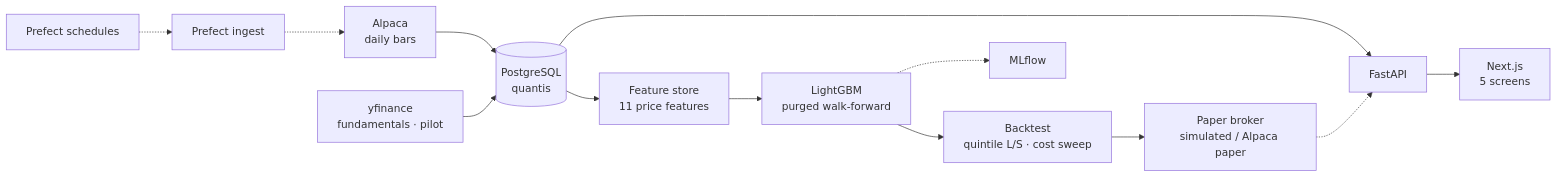
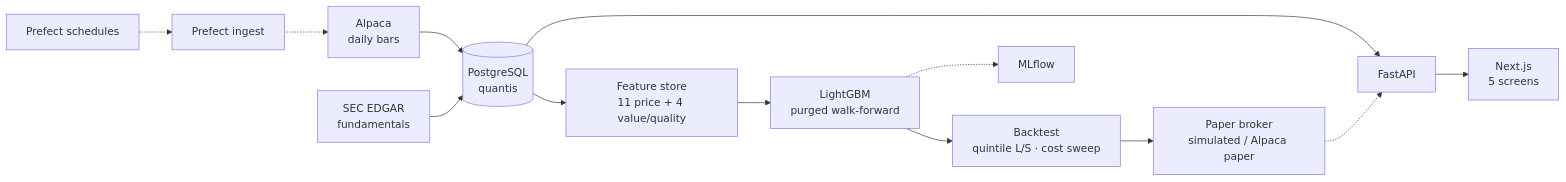
The diagram in README.md (nishantnayar/trading-public), drawn with Mermaid before and after one commit. The commit also changed other lines of this file and 12 other files, not shown here.

````diff
--- a/README.md
+++ b/README.md
@@ -65,15 +71,15 @@
 ```mermaid
 flowchart LR
     A[Alpaca<br/>daily bars] --> B[(PostgreSQL<br/>quantis)]
-    F[yfinance<br/>fundamentals · pilot] --> B
-    B --> C[Feature store<br/>11 price features]
+    F[SEC EDGAR<br/>fundamentals] --> B
+    B --> C[Feature store<br/>11 price + 4 value/quality]
     C --> D[LightGBM<br/>purged walk-forward]
     D --> BT[Backtest<br/>quintile L/S · cost sweep]
     D -.-> M[MLflow]
     BT --> PB[Paper broker<br/>simulated / Alpaca paper]
     P[Prefect ingest] -.-> A
     Svc[Prefect schedules] -.-> P
     B --> API[FastAPI]
     API --> S[Next.js<br/>5 screens]
     PB -.-> API
 ```
````
